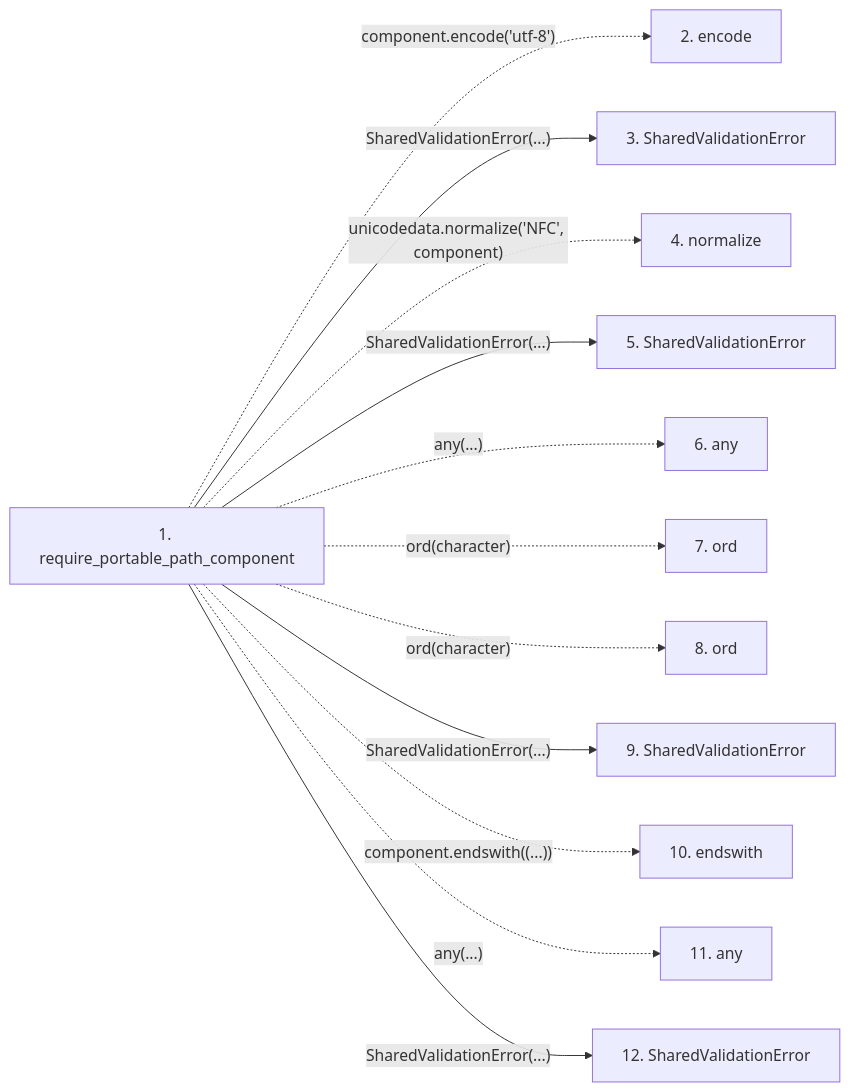
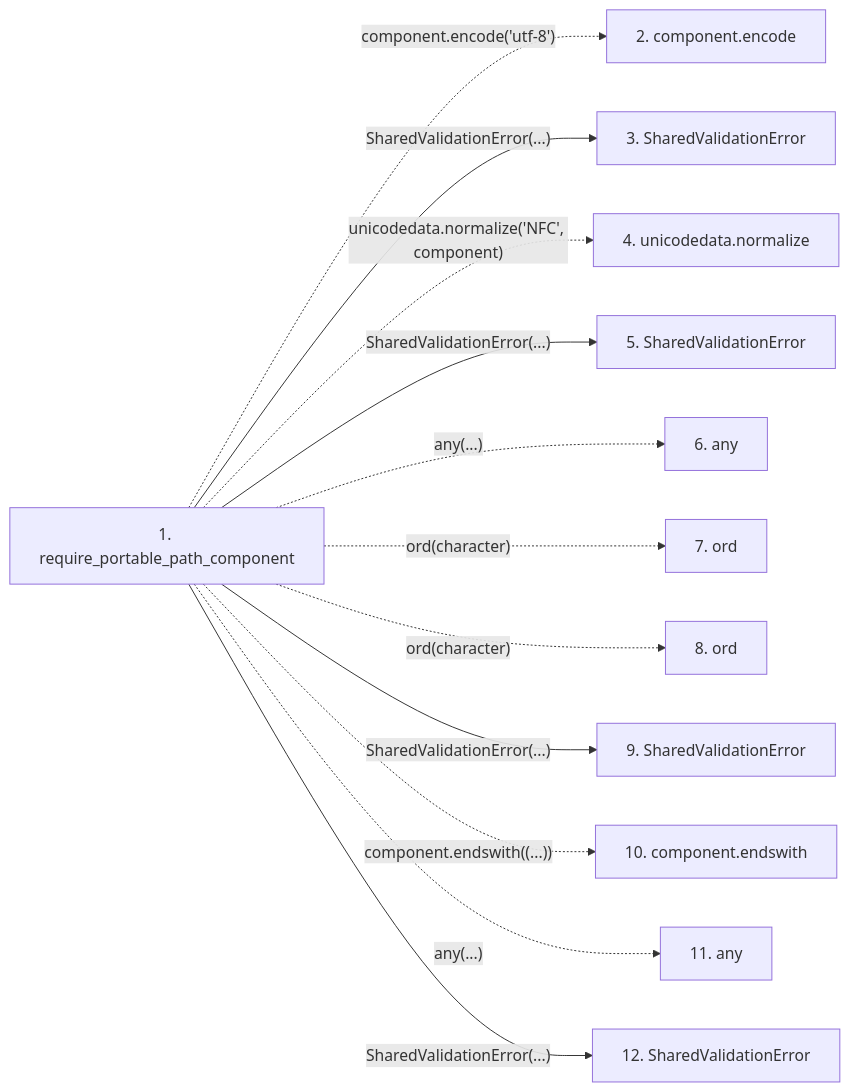
Before and after one commit to Denissvgn/python-wiki-llm: the second of 2 diagrams in docs/llm_wiki/flows/api-require_portable_path_component.md, drawn with Mermaid. The commit also changed other lines of this file and 719 other files, not shown here.

````diff
--- a/docs/llm_wiki/flows/api-require_portable_path_component.md
+++ b/docs/llm_wiki/flows/api-require_portable_path_component.md
@@ -40,31 +40,31 @@
 ```mermaid
 flowchart LR
     s1["1. require_portable_path_component"]
-    s2["2. encode"]
+    s2["2. component.encode"]
     s3["3. SharedValidationError"]
-    s4["4. normalize"]
+    s4["4. unicodedata.normalize"]
     s5["5. SharedValidationError"]
     s6["6. any"]
     s7["7. ord"]
     s8["8. ord"]
     s9["9. SharedValidationError"]
-    s10["10. endswith"]
+    s10["10. component.endswith"]
     s11["11. any"]
     s12["12. SharedValidationError"]
     s1 -. "component.encode('utf-8')" .-> s2
     s1 -->|"SharedValidationError(...)"| s3
     s1 -. "unicodedata.normalize('NFC', component)" .-> s4
     s1 -->|"SharedValidationError(...)"| s5
     s1 -. "any(...)" .-> s6
     s1 -. "ord(character)" .-> s7
     s1 -. "ord(character)" .-> s8
     s1 -->|"SharedValidationError(...)"| s9
     s1 -. "component.endswith((...))" .-> s10
     s1 -. "any(...)" .-> s11
     s1 -->|"SharedValidationError(...)"| s12
     click s1 "../modules/validation.md"
     click s3 "../modules/validation.md"
     click s5 "../modules/validation.md"
     click s9 "../modules/validation.md"
     click s12 "../modules/validation.md"
 ```
````
